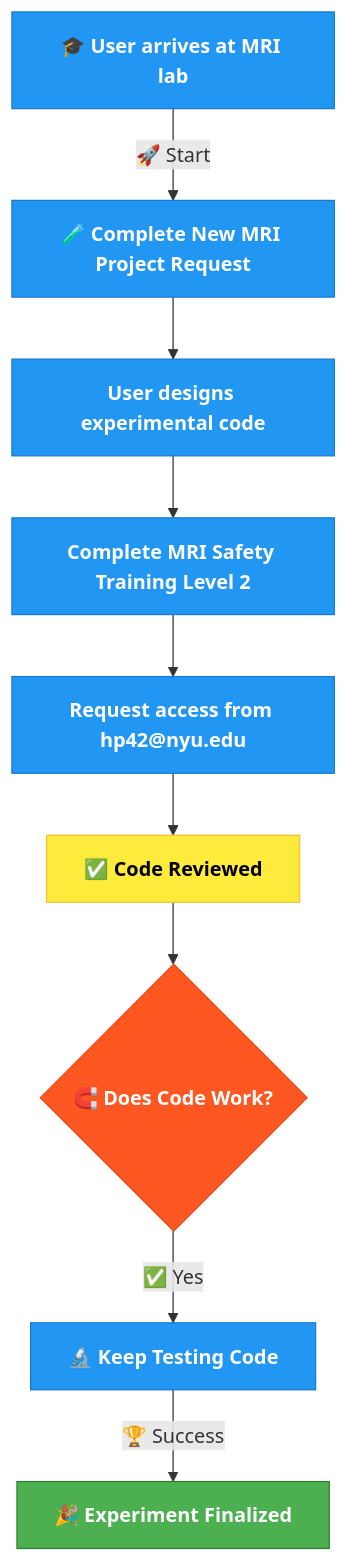
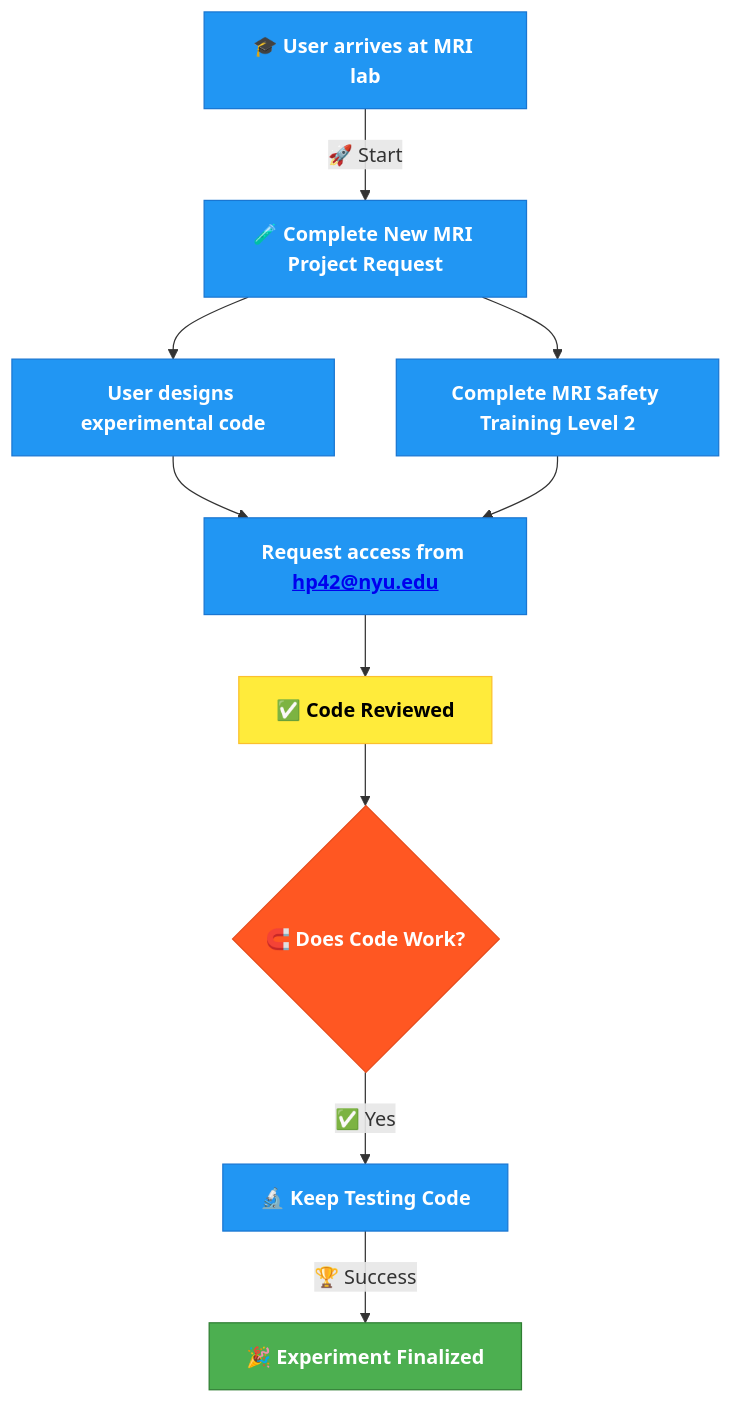
The diagram in docs/source/1-lab_overview/3-process_diagram.rst (BioMedicalImaging-Core-NYUAD/brainimaging-lab-documentation), drawn with Mermaid before and after one commit.

Commit message:
added link

```diff
--- a/docs/source/1-lab_overview/3-process_diagram.rst
+++ b/docs/source/1-lab_overview/3-process_diagram.rst
@@ -9,26 +9,28 @@
 .. mermaid::
 
     graph TD;
-        A[🎓 <b>User arrives at MRI lab</b>] -->|🚀 Start| B[🧪 <b>Complete New MRI Project Request</b>];
-        B --> C[<b>User designs experimental code</b>];
-        C --> D[<b>Complete MRI Safety Training Level 2</b>];
-        D --> E[<b>Request access from hp42@nyu.edu</b>];
-        E --> F[✅ <b>Code Reviewed</b>];
-        F --> G{🧲️ <b>Does Code Work?</b>};
-        G --✅ Yes --> H[🔬 <b>Keep Testing Code</b>];
-        H -->|🏆 Success| I[🎉 <b>Experiment Finalized</b>];
+    A[🎓 <b>User arrives at MRI lab</b>] -->|🚀 Start| B[🧪 <b>Complete New MRI Project Request</b>];
+    B --> C[<b>User designs experimental code</b>];
+    B --> D[<b>Complete MRI Safety Training Level 2</b>];
+    C --> E[<b>Request access from <a href="mailto:hp42@nyu.edu">hp42@nyu.edu</a></b>];
+    D --> E;
+    E --> F[✅ <b>Code Reviewed</b>];
+    F --> G{🧲️ <b>Does Code Work?</b>};
+    G --✅ Yes --> H[🔬 <b>Keep Testing Code</b>];
+    H -->|🏆 Success| I[🎉 <b>Experiment Finalized</b>];
 
-        %% Clickable Node for GitHub PR
-        click B "https://drive.google.com/file/d/10Py1KSAsktpCjU6c3lLuWLqVL2a5ofee/view?usp=drive_link"
-        click D "https://app.imagingu.com/courses/personnel-group-ii-yearly"
+    %% Clickable Nodes
+    click B "https://drive.google.com/file/d/10Py1KSAsktpCjU6c3lLuWLqVL2a5ofee/view?usp=drive_link"
+    click D "https://app.imagingu.com/courses/personnel-group-ii-yearly"
+    click E "mailto:hp42@nyu.edu" "Email hp42@nyu.edu"
 
-        %% Style Definitions
-        classDef success fill:#4CAF50,stroke:#2E7D32,color:#fff;
-        classDef decision fill:#FFEB3B,stroke:#FBC02D,color:#000;
-        classDef process fill:#2196F3,stroke:#1976D2,color:#fff;
-        classDef warning fill:#FF5722,stroke:#E64A19,color:#fff;
+    %% Style Definitions
+    classDef success fill:#4CAF50,stroke:#2E7D32,color:#fff;
+    classDef decision fill:#FFEB3B,stroke:#FBC02D,color:#000;
+    classDef process fill:#2196F3,stroke:#1976D2,color:#fff;
+    classDef warning fill:#FF5722,stroke:#E64A19,color:#fff;
 
         class A,B,C,D,E,H process;
         class F decision;
         class G warning;
         class I success;
```
